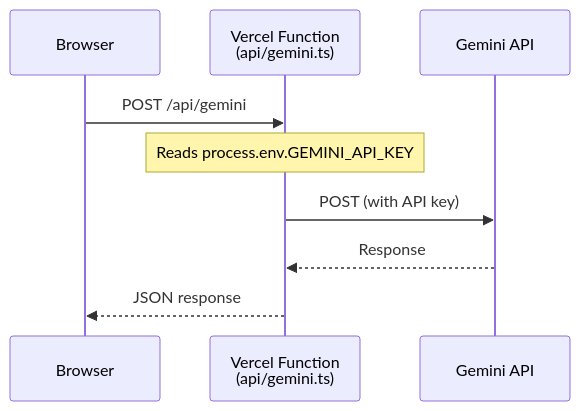
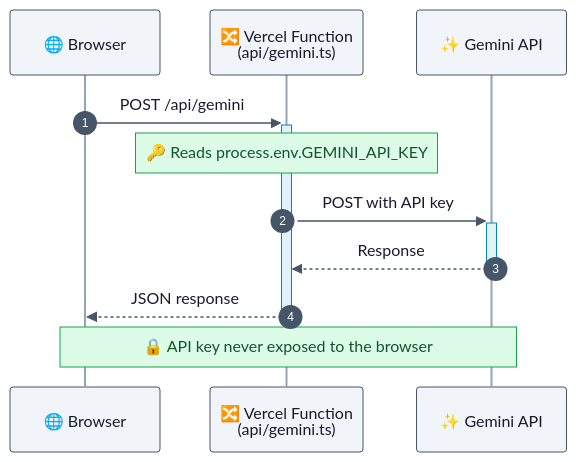
The fifth of 5 diagrams in README.md (n3wth/collab), drawn with Mermaid before and after one commit. The commit also changed other lines of this file and 5 other files, not shown here.

Commit message:
Beautify Mermaid diagrams with custom themes, colors, emojis, and activations

````diff
--- a/README.md
+++ b/README.md
@@ -361,12 +386,17 @@
 ```mermaid
+%%{init: {'theme': 'base', 'themeVariables': { 'actorBkg': '#f1f5f9', 'actorBorder': '#475569', 'actorTextColor': '#1a1a2e', 'actorLineColor': '#94a3b8', 'signalColor': '#475569', 'signalTextColor': '#1a1a2e', 'noteBkgColor': '#dcfce7', 'noteBorderColor': '#16a34a', 'noteTextColor': '#14532d', 'activationBkgColor': '#e0f2fe', 'activationBorderColor': '#0284c7', 'sequenceNumberColor': '#ffffff' }}}%%
 sequenceDiagram
-    participant Browser
-    participant Vercel as Vercel Function<br/>(api/gemini.ts)
-    participant Gemini as Gemini API
+    autonumber
 
-    Browser->>Vercel: POST /api/gemini
-    Note over Vercel: Reads process.env.GEMINI_API_KEY
-    Vercel->>Gemini: POST (with API key)
-    Gemini-->>Vercel: Response
-    Vercel-->>Browser: JSON response
+    participant B as 🌐 Browser
+    participant V as 🔀 Vercel Function<br/>(api/gemini.ts)
+    participant G as ✨ Gemini API
+
+    B->>+V: POST /api/gemini
+    Note over V: 🔑 Reads process.env.GEMINI_API_KEY
+    V->>+G: POST with API key
+    G-->>-V: Response
+    V-->>-B: JSON response
+
+    Note over B,G: 🔒 API key never exposed to the browser
 ```
````
